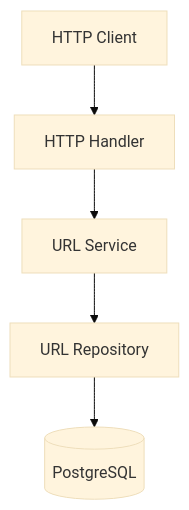
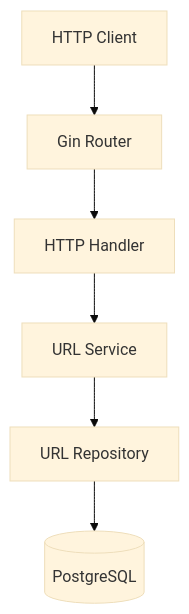
The first of 2 diagrams in README.md (linsfelipec/url-analytics), drawn with Mermaid (base theme) before and after one commit. The commit also changed other lines of this file, not shown here.

````diff
--- a/README.md
+++ b/README.md
@@ -41,13 +48,15 @@
 ```mermaid
 flowchart TD
     Client["HTTP Client"]
+    Router["Gin Router"]
     Handler["HTTP Handler"]
     Service["URL Service"]
     Repository["URL Repository"]
     Database[("PostgreSQL")]
 
-    Client --> Handler
+    Client --> Router
+    Router --> Handler
     Handler --> Service
     Service --> Repository
     Repository --> Database
 ```
````
